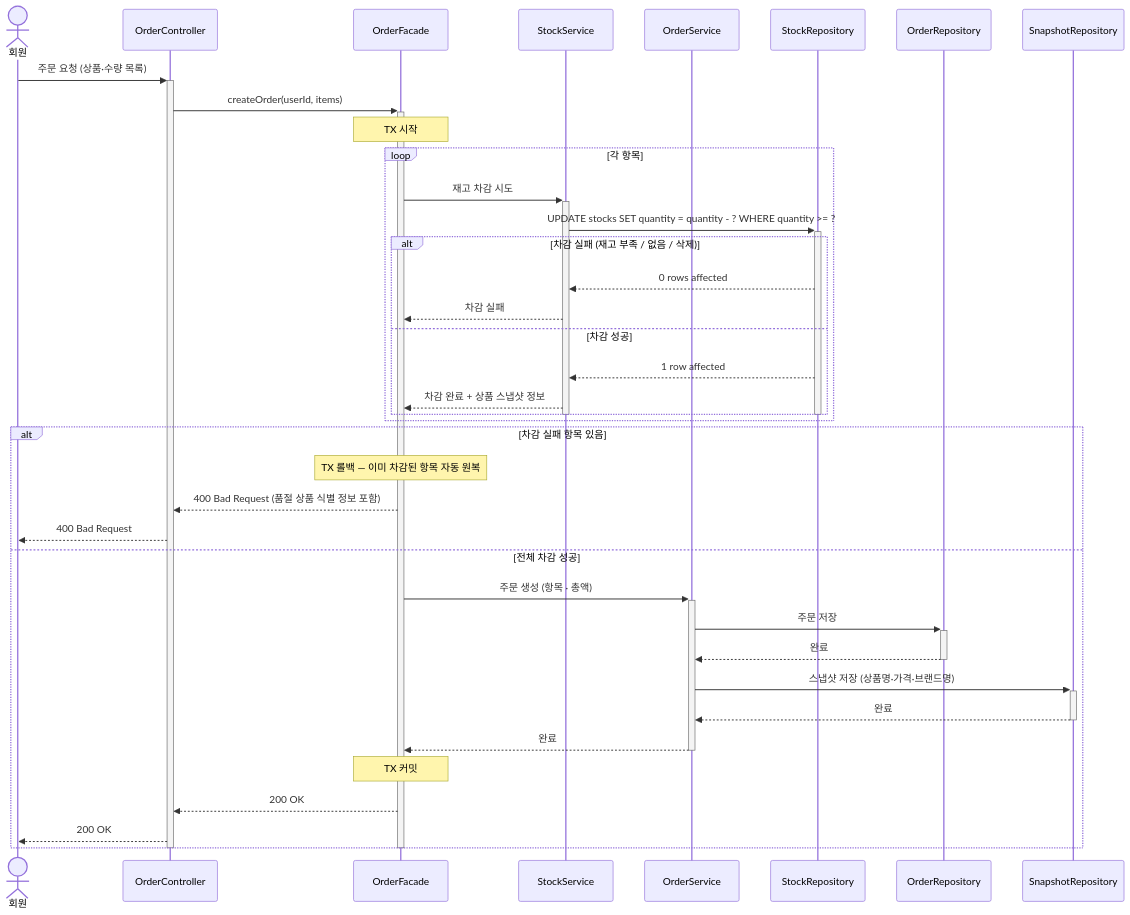
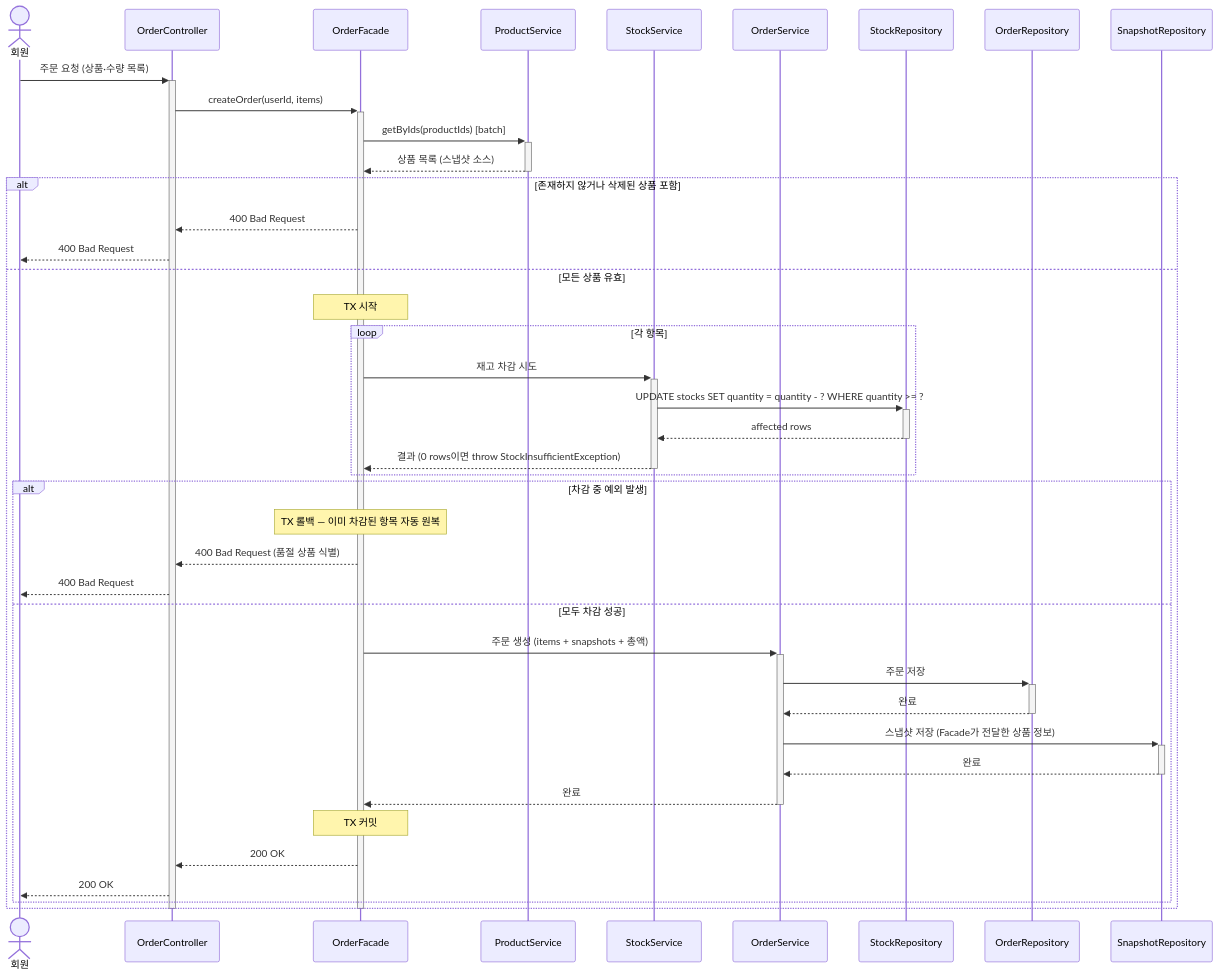
Before and after one commit to loopers-labs/loop-pack-be-l2-vol4-java: the sixth of 6 diagrams in docs/week2/02-sequence-diagrams.md, drawn with Mermaid. The commit also changed other lines of this file, not shown here.

Commit message:
docs: 시퀀스 다이어그램 구현 결정 보완 - 상품 검증·멱등 패턴·예외·스냅샷 소스 확정

````diff
--- a/docs/week2/02-sequence-diagrams.md
+++ b/docs/week2/02-sequence-diagrams.md
@@ -271,45 +277,46 @@
 ```mermaid
 sequenceDiagram
     actor M as 회원
     participant C as OrderController
     participant F as OrderFacade
+    participant PS as ProductService
     participant SS as StockService
     participant OS as OrderService
     participant SR as StockRepository
     participant OR as OrderRepository
     participant SN as SnapshotRepository
 
     M->>+C: 주문 요청 (상품·수량 목록)
     C->>+F: createOrder(userId, items)
-    Note over F: TX 시작
-    loop 각 항목
-        F->>+SS: 재고 차감 시도
-        SS->>+SR: UPDATE stocks SET quantity = quantity - ? WHERE quantity >= ?
-        alt 차감 실패 (재고 부족 / 없음 / 삭제)
-            SR-->>SS: 0 rows affected
-            SS-->>F: 차감 실패
-        else 차감 성공
-            SR-->>SS: 1 row affected
-            SS-->>F: 차감 완료 + 상품 스냅샷 정보
+    F->>+PS: getByIds(productIds) [batch]
+    PS-->>-F: 상품 목록 (스냅샷 소스)
+    alt 존재하지 않거나 삭제된 상품 포함
+        F-->>C: 400 Bad Request
+        C-->>M: 400 Bad Request
+    else 모든 상품 유효
+        Note over F: TX 시작
+        loop 각 항목
+            F->>+SS: 재고 차감 시도
+            SS->>+SR: UPDATE stocks SET quantity = quantity - ? WHERE quantity >= ?
+            SR-->>-SS: affected rows
+            SS-->>-F: 결과 (0 rows이면 throw StockInsufficientException)
         end
-        deactivate SR
-        deactivate SS
-    end
-    alt 차감 실패 항목 있음
-        Note over F: TX 롤백 — 이미 차감된 항목 자동 원복
-        F-->>C: 400 Bad Request (품절 상품 식별 정보 포함)
-        C-->>M: 400 Bad Request
-    else 전체 차감 성공
-        F->>+OS: 주문 생성 (항목 · 총액)
-        OS->>+OR: 주문 저장
-        OR-->>-OS: 완료
-        OS->>+SN: 스냅샷 저장 (상품명·가격·브랜드명)
-        SN-->>-OS: 완료
-        OS-->>-F: 완료
-        Note over F: TX 커밋
-        F-->>C: 200 OK
-        C-->>M: 200 OK
+        alt 차감 중 예외 발생
+            Note over F: TX 롤백 — 이미 차감된 항목 자동 원복
+            F-->>C: 400 Bad Request (품절 상품 식별)
+            C-->>M: 400 Bad Request
+        else 모두 차감 성공
+            F->>+OS: 주문 생성 (items + snapshots + 총액)
+            OS->>+OR: 주문 저장
+            OR-->>-OS: 완료
+            OS->>+SN: 스냅샷 저장 (Facade가 전달한 상품 정보)
+            SN-->>-OS: 완료
+            OS-->>-F: 완료
+            Note over F: TX 커밋
+            F-->>C: 200 OK
+            C-->>M: 200 OK
+        end
     end
     deactivate F
     deactivate C
 ```
````
